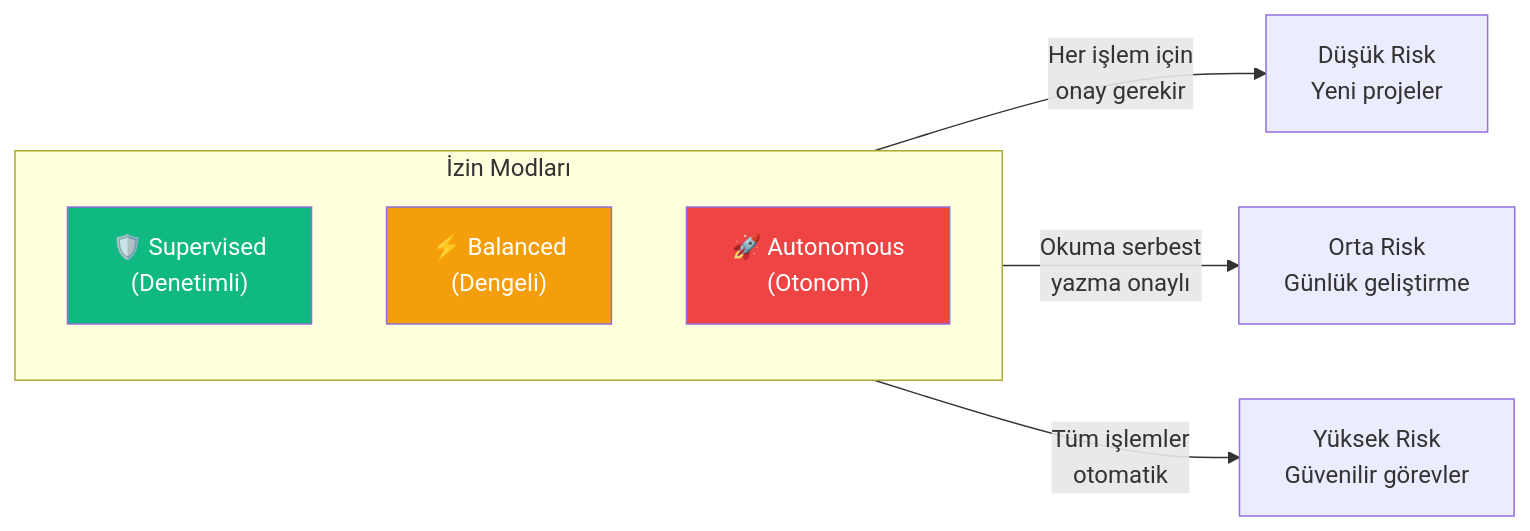
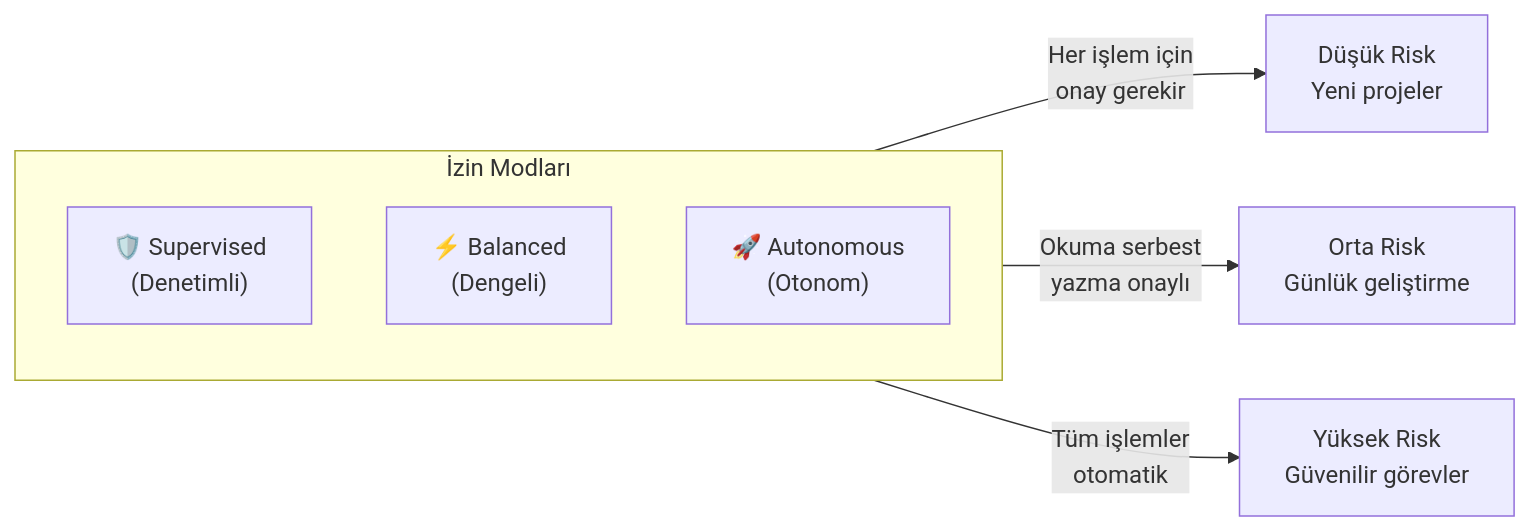
One commit to IzzetYasinAtes/ClaudeCodeHandbook changed the seventh of 8 diagrams in 15-entegrasyonlar/04-masaustu-uygulamasi.md. Above: the diagram before and after it, drawn with Mermaid. The commit also changed other lines of this file and 97 other files, not shown here.

Commit message:
Remove all custom Mermaid style/fill colors from 98 markdown files for consistent dark theme rendering

````diff
--- a/15-entegrasyonlar/04-masaustu-uygulamasi.md
+++ b/15-entegrasyonlar/04-masaustu-uygulamasi.md
@@ -202,17 +191,14 @@
 ```mermaid
 flowchart LR
     subgraph modes ["İzin Modları"]
         direction TB
         SM["🛡️ Supervised<br/>(Denetimli)"]
         BM["⚡ Balanced<br/>(Dengeli)"]
         AM["🚀 Autonomous<br/>(Otonom)"]
     end
 
     SM -->|"Her işlem için<br/>onay gerekir"| LOW["Düşük Risk<br/>Yeni projeler"]
     BM -->|"Okuma serbest<br/>yazma onaylı"| MED["Orta Risk<br/>Günlük geliştirme"]
     AM -->|"Tüm işlemler<br/>otomatik"| HIGH["Yüksek Risk<br/>Güvenilir görevler"]
 
-    style SM fill:#10B981,color:#fff
-    style BM fill:#F59E0B,color:#fff
-    style AM fill:#EF4444,color:#fff
 ```
````
